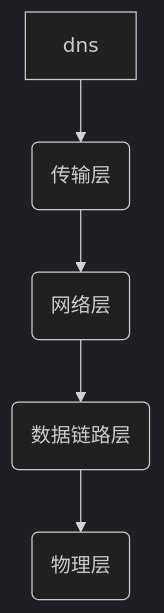
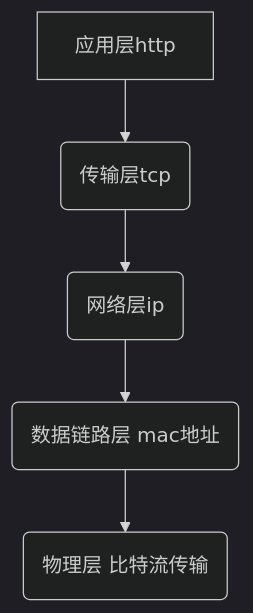
Before and after one commit to J-summit/sky-note: the diagram in note/网络编程.md, drawn with Mermaid (dark theme). The commit also changed other lines of this file and 31 other files, not shown here.

````diff
--- a/note/网络编程.md
+++ b/note/网络编程.md
@@ -25,8 +25,8 @@
 ```mermaid
 graph TB
-dns-->a("传输层")
-a-->b("网络层")
-b-->c("数据链路层")
-c-->d("物理层")
+应用层http-->a("传输层tcp")
+a-->b("网络层ip")
+b-->c("数据链路层 mac地址")
+c-->d("物理层 比特流传输")
 
 ```
````
